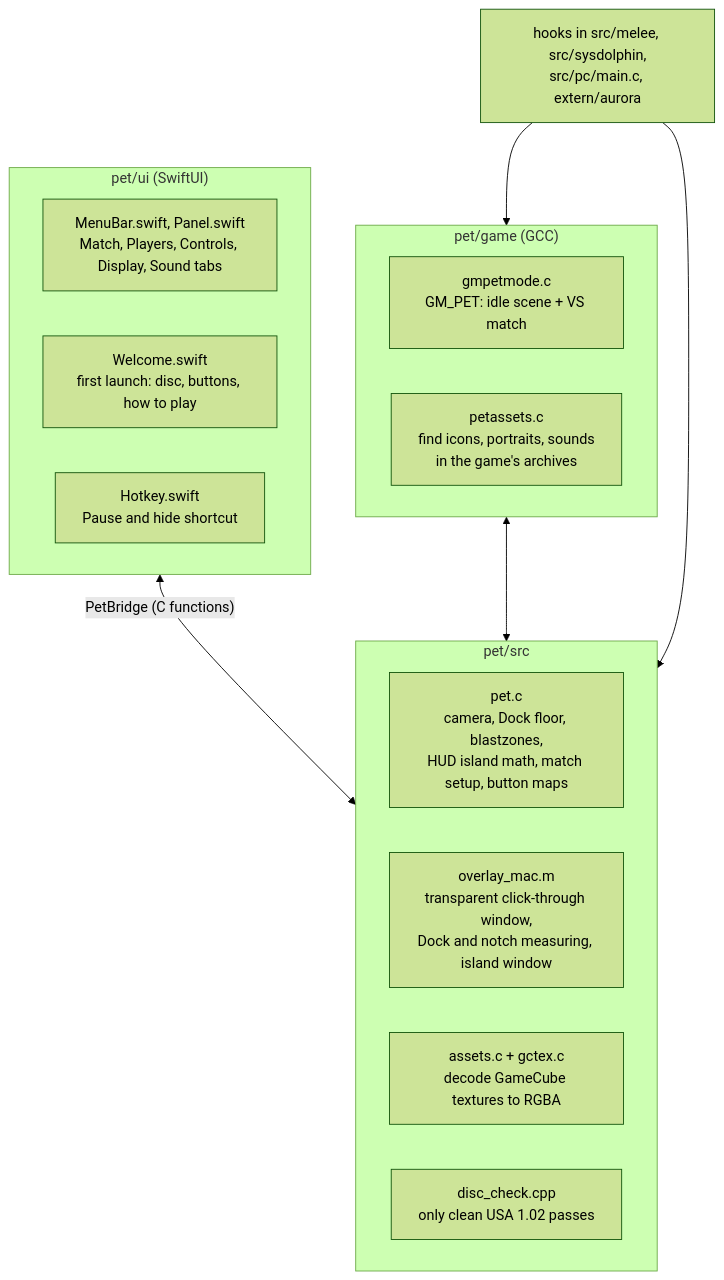
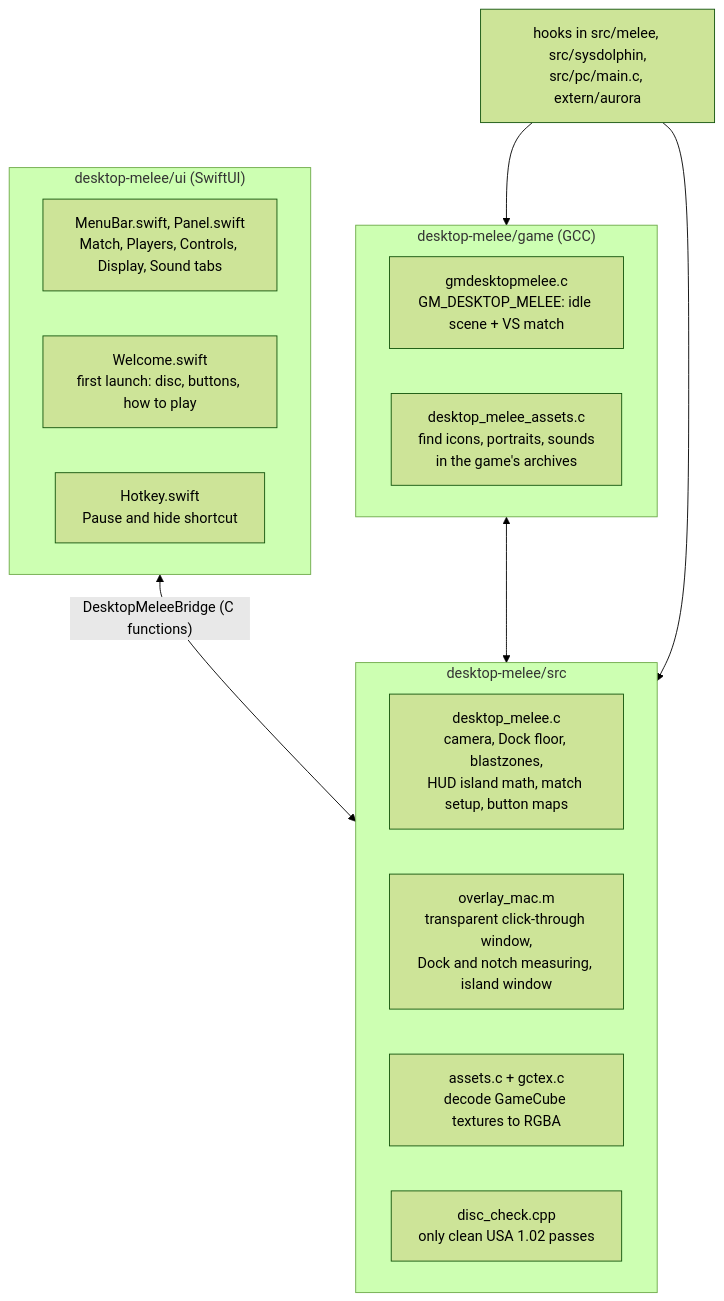
The fourth of 12 diagrams in docs/desktop-melee/how-it-works.md (Mwrnk/desktop-melee), drawn with Mermaid (forest theme) before and after one commit. The commit also changed other lines of this file and 67 other files, not shown here.

First line of the commit message:
Rename pet to Desktop Melee in code, paths and docs

````diff
--- a/docs/desktop-melee/how-it-works.md
+++ b/docs/desktop-melee/how-it-works.md
@@ -232,24 +232,24 @@
 ```mermaid
 flowchart TB
-    subgraph petc["pet/src"]
-        PETC["pet.c<br/>camera, Dock floor, blastzones,<br/>HUD island math, match setup, button maps"]
+    subgraph dm_src["desktop-melee/src"]
+        DM_C["desktop_melee.c<br/>camera, Dock floor, blastzones,<br/>HUD island math, match setup, button maps"]
         MAC["overlay_mac.m<br/>transparent click-through window,<br/>Dock and notch measuring, island window"]
         ASSET["assets.c + gctex.c<br/>decode GameCube textures to RGBA"]
         DISC["disc_check.cpp<br/>only clean USA 1.02 passes"]
     end
-    subgraph petg["pet/game (GCC)"]
-        MODE["gmpetmode.c<br/>GM_PET: idle scene + VS match"]
-        PA["petassets.c<br/>find icons, portraits, sounds<br/>in the game's archives"]
+    subgraph dm_game["desktop-melee/game (GCC)"]
+        MODE["gmdesktopmelee.c<br/>GM_DESKTOP_MELEE: idle scene + VS match"]
+        PA["desktop_melee_assets.c<br/>find icons, portraits, sounds<br/>in the game's archives"]
     end
-    subgraph petui["pet/ui (SwiftUI)"]
+    subgraph dm_ui["desktop-melee/ui (SwiftUI)"]
         MB["MenuBar.swift, Panel.swift<br/>Match, Players, Controls, Display, Sound tabs"]
         WEL["Welcome.swift<br/>first launch: disc, buttons, how to play"]
         HK["Hotkey.swift<br/>Pause and hide shortcut"]
     end
     HOOKS["hooks in src/melee, src/sysdolphin,<br/>src/pc/main.c, extern/aurora"]
 
-    petui <-->|"PetBridge (C functions)"| petc
-    petg <--> petc
-    HOOKS --> petc
-    HOOKS --> petg
+    dm_ui <-->|"DesktopMeleeBridge (C functions)"| dm_src
+    dm_game <--> dm_src
+    HOOKS --> dm_src
+    HOOKS --> dm_game
 ```
````
